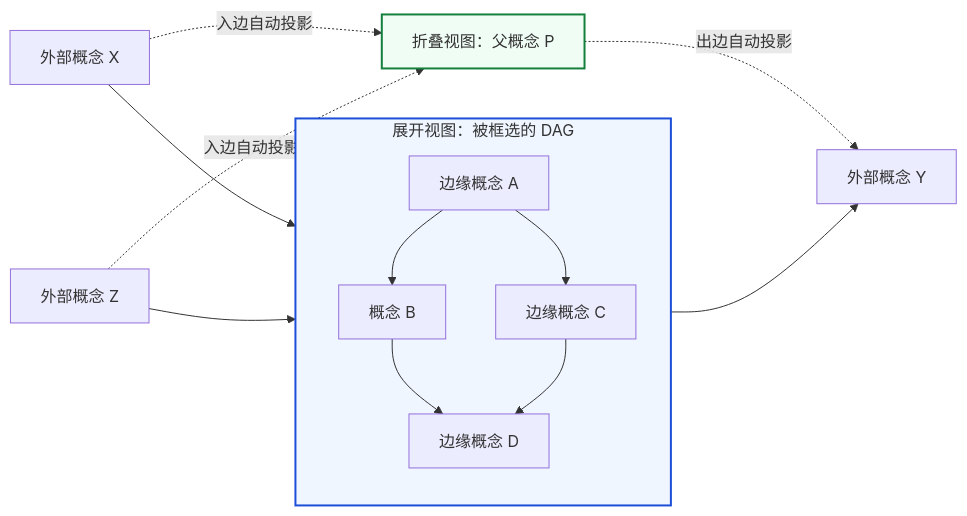
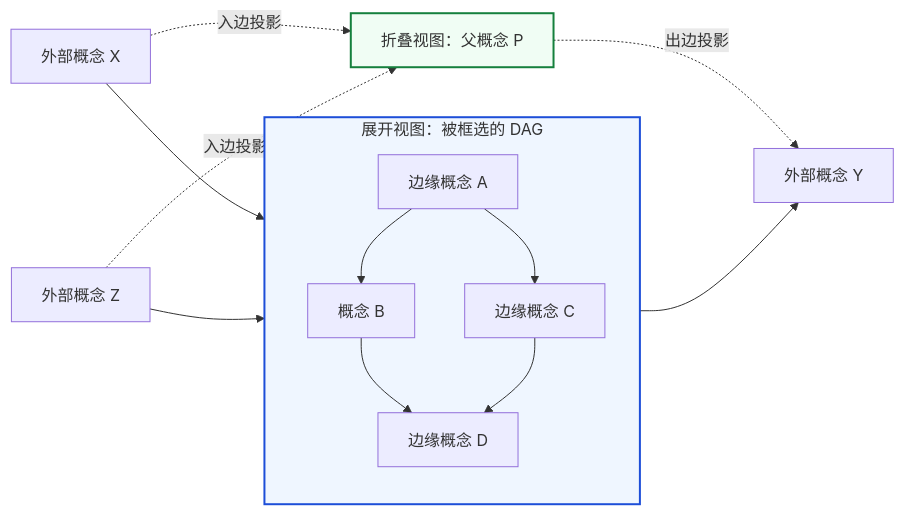
The second of 6 diagrams in content/post/2026/everything-is-concept/index.md (U1traVeno/U1traVeno.github.io), drawn with Mermaid before and after one commit. The commit also changed other lines of this file, not shown here.

````diff
--- a/content/post/2026/everything-is-concept/index.md
+++ b/content/post/2026/everything-is-concept/index.md
@@ -172,22 +172,22 @@
 ```mermaid
 flowchart LR
     X[外部概念 X] --> A
     Z[外部概念 Z] --> C
 
     subgraph PICKED[展开视图：被框选的 DAG]
         direction TB
         A[边缘概念 A] --> B[概念 B]
         A --> C[边缘概念 C]
         B --> D[边缘概念 D]
         C --> D
     end
 
     D --> Y[外部概念 Y]
 
-    X -. 入边自动投影 .-> P[折叠视图：父概念 P]
-    Z -. 入边自动投影 .-> P
-    P -. 出边自动投影 .-> Y
+    X -. 入边投影 .-> P[折叠视图：父概念 P]
+    Z -. 入边投影 .-> P
+    P -. 出边投影 .-> Y
 
     style PICKED fill:#eff6ff,stroke:#1d4ed8,stroke-width:2px
     style P fill:#f0fdf4,stroke:#15803d,stroke-width:2px
 ```
````
